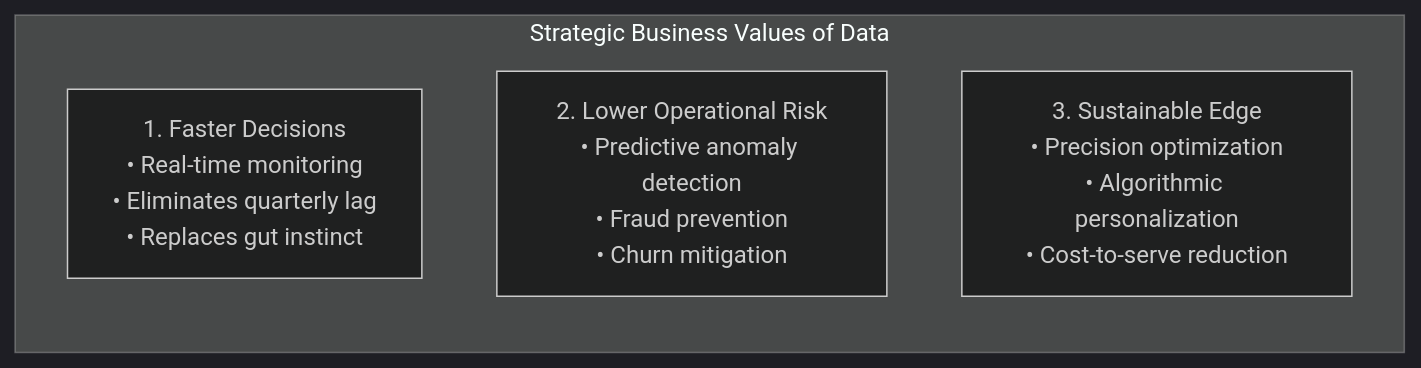
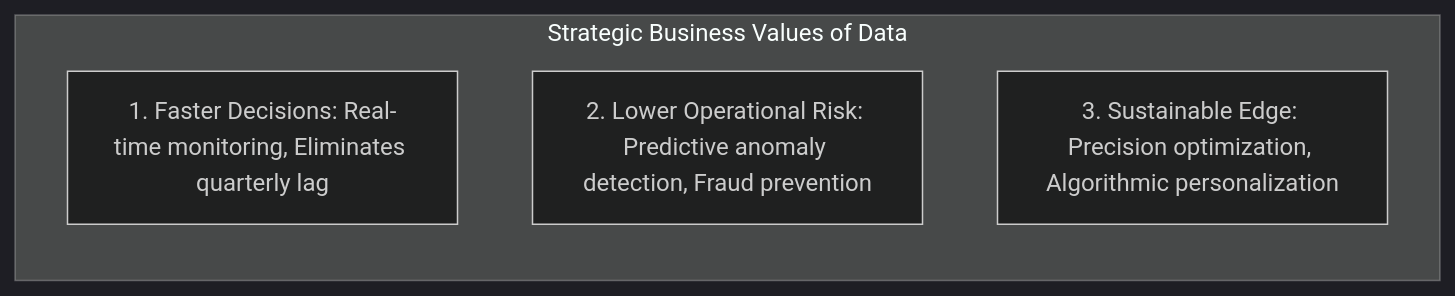
One commit to DeepLumiere/DeepSkills changed the second of 27 diagrams in notes/data_analysis/Unit_2_notes.md. Above: the diagram before and after it, drawn with Mermaid (dark theme). The commit also changed other lines of this file and 56 other files, not shown here.

````diff
--- a/notes/data_analysis/Unit_2_notes.md
+++ b/notes/data_analysis/Unit_2_notes.md
@@ -268,8 +268,8 @@
 ```mermaid
 flowchart LR
-    subgraph Values["Strategic Business Values of Data"]
-        V1["1. Faster Decisions<br/>• Real-time monitoring<br/>• Eliminates quarterly lag<br/>• Replaces gut instinct"]
-        V2["2. Lower Operational Risk<br/>• Predictive anomaly detection<br/>• Fraud prevention<br/>• Churn mitigation"]
-        V3["3. Sustainable Edge<br/>• Precision optimization<br/>• Algorithmic personalization<br/>• Cost-to-serve reduction"]
+    subgraph Values ["Strategic Business Values of Data"]
+        V1["1. Faster Decisions: Real-time monitoring, Eliminates quarterly lag"]
+        V2["2. Lower Operational Risk: Predictive anomaly detection, Fraud prevention"]
+        V3["3. Sustainable Edge: Precision optimization, Algorithmic personalization"]
     end
 ```
````
